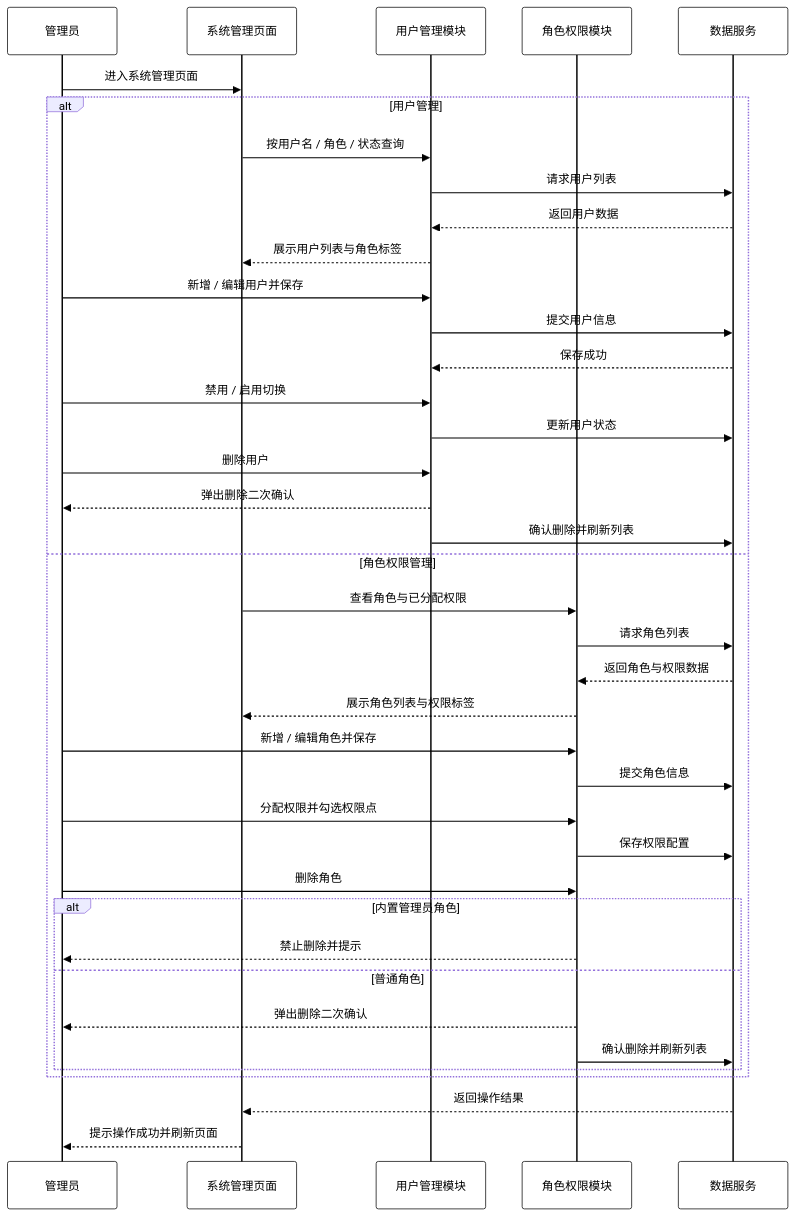
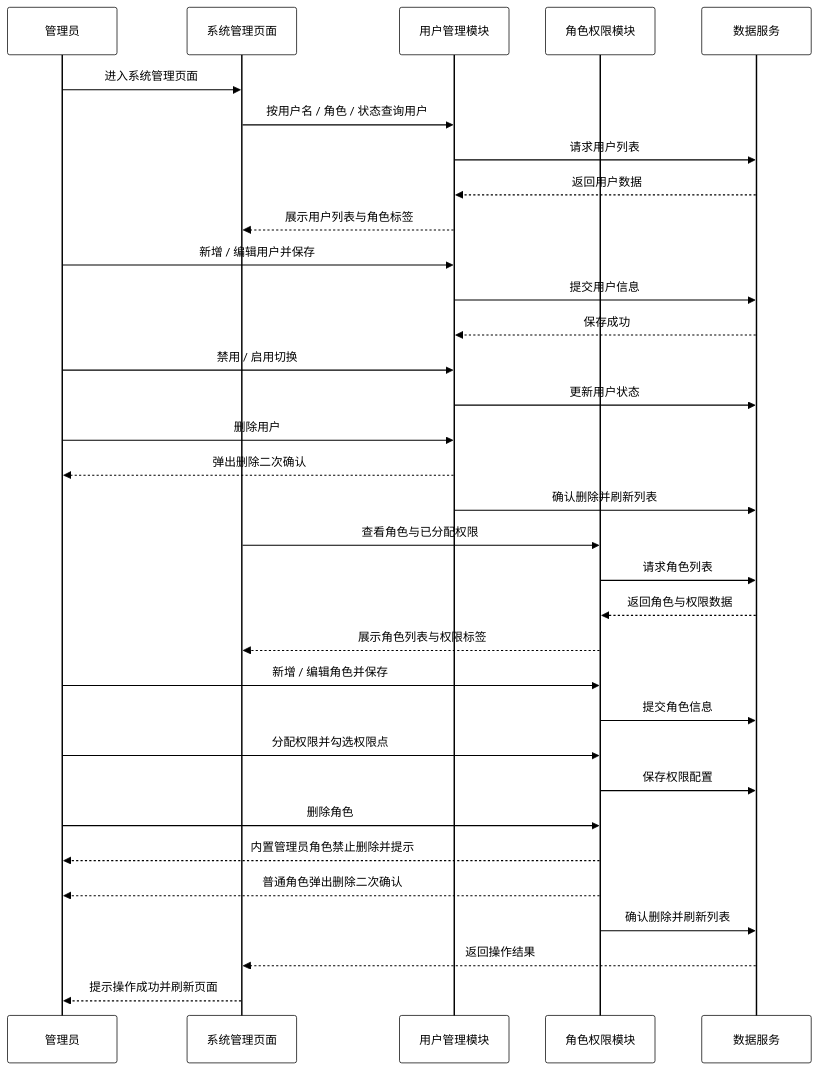
One commit to carl-Tu/campus-management changed diagram 24 of 24 in docs/功能需求分析与用例图.md. Above: the diagram before and after it, drawn with Mermaid. The commit also changed other lines of this file, not shown here.

Commit message:
perfect：时序图

````diff
--- a/docs/功能需求分析与用例图.md
+++ b/docs/功能需求分析与用例图.md
@@ -824,43 +795,38 @@
 ```mermaid
 sequenceDiagram
   %%{init: {"themeVariables": {"actorBkg": "#ffffff", "actorBorder": "#000000", "actorTextColor": "#000000", "actorLineColor": "#000000", "signalColor": "#000000", "signalTextColor": "#000000", "noteBkgColor": "#ffffff", "noteBorderColor": "#000000"}}}%%
   participant AD as 管理员
   participant P as 系统管理页面
   participant UM as 用户管理模块
   participant RM as 角色权限模块
   participant D as 数据服务
 
   AD->>P: 进入系统管理页面
-  alt 用户管理
-    P->>UM: 按用户名 / 角色 / 状态查询
-    UM->>D: 请求用户列表
-    D-->>UM: 返回用户数据
-    UM-->>P: 展示用户列表与角色标签
-    AD->>UM: 新增 / 编辑用户并保存
-    UM->>D: 提交用户信息
-    D-->>UM: 保存成功
-    AD->>UM: 禁用 / 启用切换
-    UM->>D: 更新用户状态
-    AD->>UM: 删除用户
-    UM-->>AD: 弹出删除二次确认
-    UM->>D: 确认删除并刷新列表
-  else 角色权限管理
-    P->>RM: 查看角色与已分配权限
-    RM->>D: 请求角色列表
-    D-->>RM: 返回角色与权限数据
-    RM-->>P: 展示角色列表与权限标签
-    AD->>RM: 新增 / 编辑角色并保存
-    RM->>D: 提交角色信息
-    AD->>RM: 分配权限并勾选权限点
-    RM->>D: 保存权限配置
-    AD->>RM: 删除角色
-    alt 内置管理员角色
-      RM-->>AD: 禁止删除并提示
-    else 普通角色
-      RM-->>AD: 弹出删除二次确认
-      RM->>D: 确认删除并刷新列表
-    end
-  end
+  P->>UM: 按用户名 / 角色 / 状态查询用户
+  UM->>D: 请求用户列表
+  D-->>UM: 返回用户数据
+  UM-->>P: 展示用户列表与角色标签
+  AD->>UM: 新增 / 编辑用户并保存
+  UM->>D: 提交用户信息
+  D-->>UM: 保存成功
+  AD->>UM: 禁用 / 启用切换
+  UM->>D: 更新用户状态
+  AD->>UM: 删除用户
+  UM-->>AD: 弹出删除二次确认
+  UM->>D: 确认删除并刷新列表
+
+  P->>RM: 查看角色与已分配权限
+  RM->>D: 请求角色列表
+  D-->>RM: 返回角色与权限数据
+  RM-->>P: 展示角色列表与权限标签
+  AD->>RM: 新增 / 编辑角色并保存
+  RM->>D: 提交角色信息
+  AD->>RM: 分配权限并勾选权限点
+  RM->>D: 保存权限配置
+  AD->>RM: 删除角色
+  RM-->>AD: 内置管理员角色禁止删除并提示
+  RM-->>AD: 普通角色弹出删除二次确认
+  RM->>D: 确认删除并刷新列表
   D-->>P: 返回操作结果
   P-->>AD: 提示操作成功并刷新页面
 ```
````
